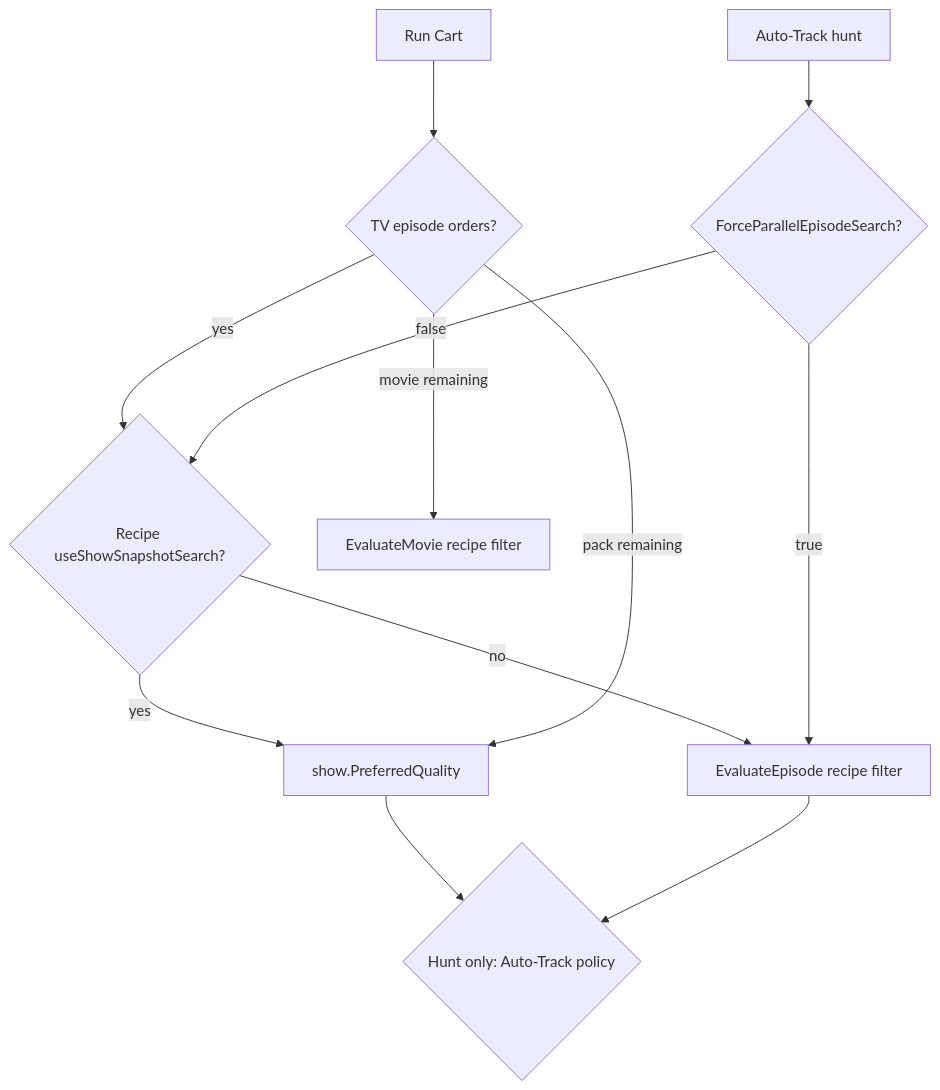
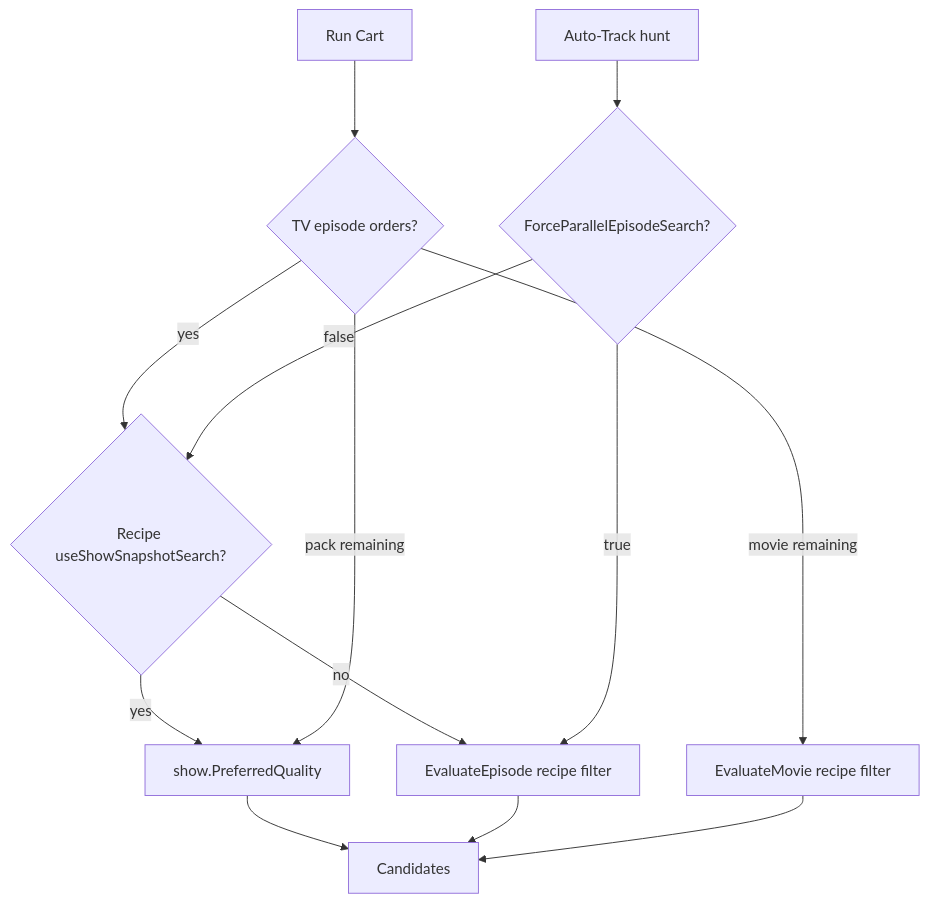
Before and after one commit to ronglua111x2/Media_Manager: the diagram in media management app/media management app/docs/legacy-overlap/02-conflict-map.md, drawn with Mermaid. The commit also changed other lines of this file and 32 other files, not shown here.

Commit message:
remove auto track quality policy fromt settings and added override debug

````diff
--- a/media management app/media management app/docs/legacy-overlap/02-conflict-map.md
+++ b/media management app/media management app/docs/legacy-overlap/02-conflict-map.md
@@ -5,16 +5,17 @@
 ```mermaid
 flowchart TD
   runCart[Run Cart]
   hunt[Auto-Track hunt]
   runCart --> tvEp{TV episode orders?}
   tvEp -->|yes| snapFlag{Recipe useShowSnapshotSearch?}
   snapFlag -->|yes| leftover[show.PreferredQuality]
   snapFlag -->|no| recipeEval[EvaluateEpisode recipe filter]
   tvEp -->|pack remaining| leftover
   tvEp -->|movie remaining| movieEval[EvaluateMovie recipe filter]
   hunt --> forcePar{ForceParallelEpisodeSearch?}
   forcePar -->|true| recipeEval
   forcePar -->|false| snapFlag
-  leftover --> atPolicy{Hunt only: Auto-Track policy}
-  recipeEval --> atPolicy
+  leftover --> candidates[Candidates]
+  recipeEval --> candidates
+  movieEval --> candidates
 ```
````
